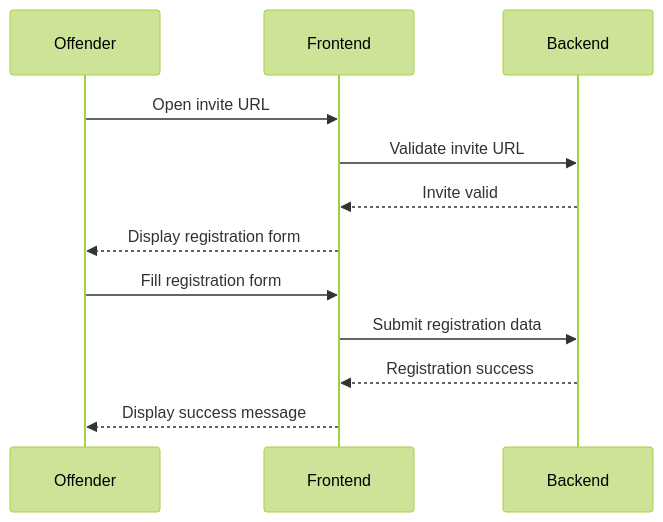
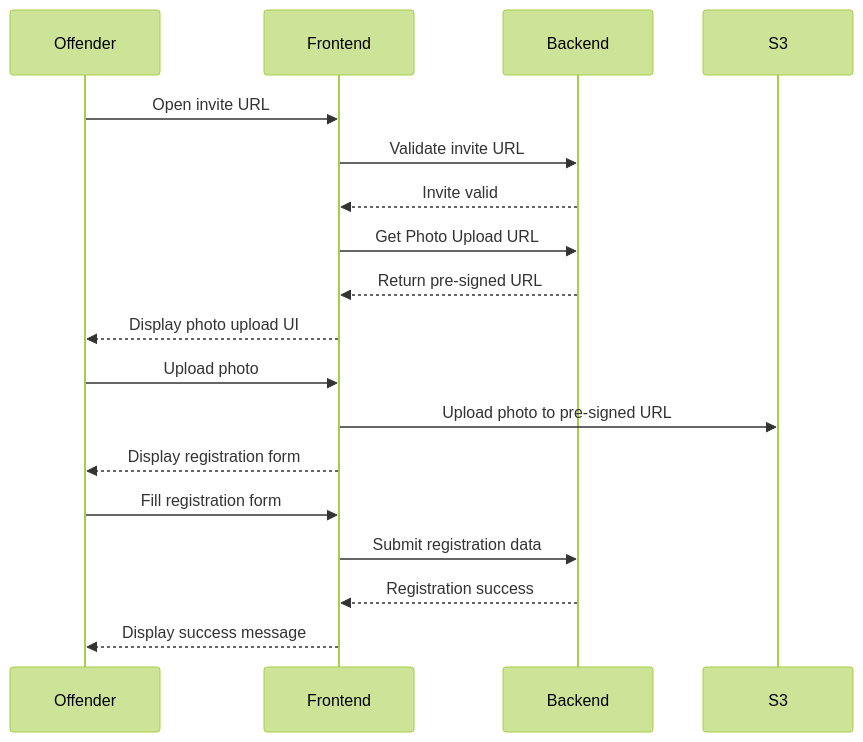
Before and after one commit to ministryofjustice/hmpps-esupervision-api: the second of 2 diagrams in docs/interactions.md, drawn with Mermaid (forest theme). The commit also changed 8 other files, not shown here.

First line of the commit message:
Use S3 pre-signed URLs to attach images to an invite

````diff
--- a/docs/interactions.md
+++ b/docs/interactions.md
@@ -29,15 +29,21 @@
 ```mermaid
 sequenceDiagram
     participant Offender
     participant Frontend
     participant Backend
+    participant S3
         
     Offender->>Frontend: Open invite URL
     Frontend->>Backend: Validate invite URL
     Backend-->>Frontend: Invite valid
+    Frontend->>Backend: Get Photo Upload URL
+    Backend-->>Frontend: Return pre-signed URL
+    Frontend-->>Offender: Display photo upload UI
+    Offender->>Frontend: Upload photo
+    Frontend->>S3: Upload photo to pre-signed URL
     Frontend-->>Offender: Display registration form
     Offender->>Frontend: Fill registration form
     Frontend->>Backend: Submit registration data
     Backend-->>Frontend: Registration success
     Frontend-->>Offender: Display success message
 ```
````
